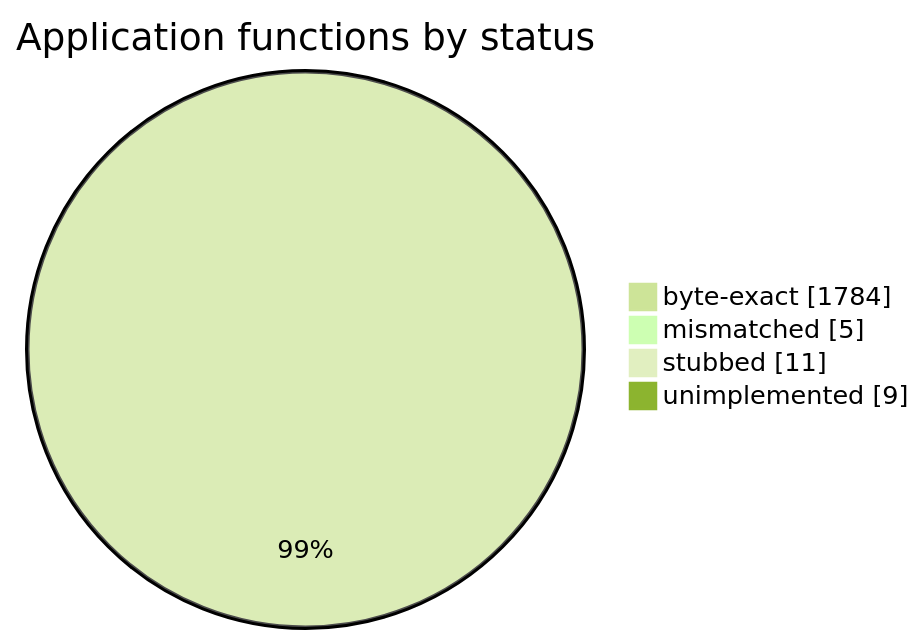
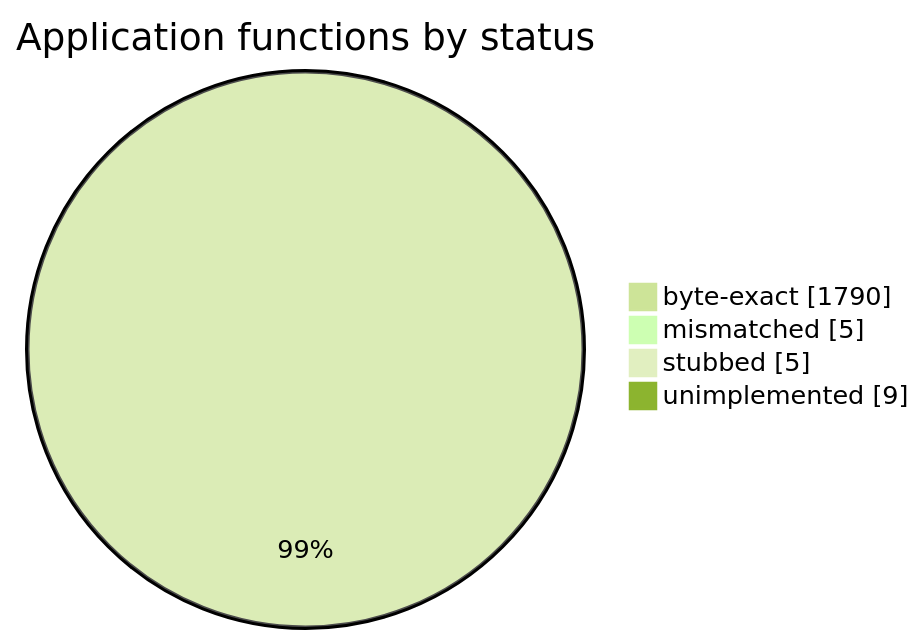
The diagram in README.md (sorokya/eos), drawn with Mermaid (forest theme) before and after one commit. The commit also changed other lines of this file and 6 other files, not shown here.

````diff
--- a/README.md
+++ b/README.md
@@ -154,8 +154,8 @@
 ```mermaid
 pie showData
     title Application functions by status
-    "byte-exact" : 1784
+    "byte-exact" : 1790
     "mismatched" : 5
-    "stubbed" : 11
+    "stubbed" : 5
     "unimplemented" : 9
 ```
````
